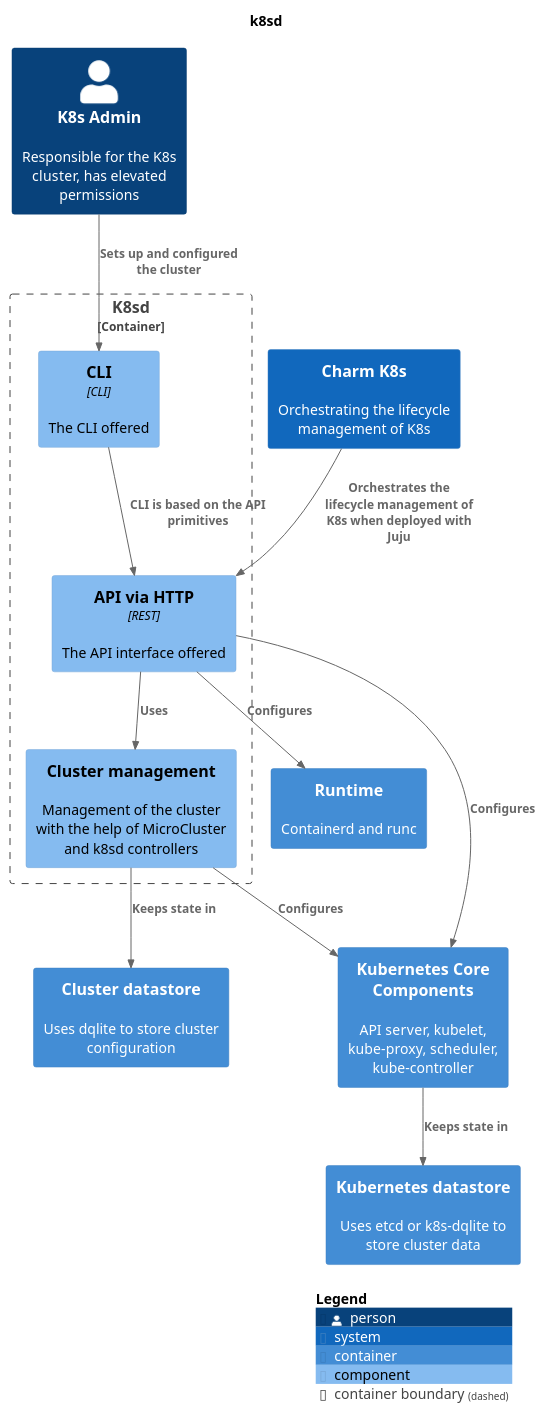
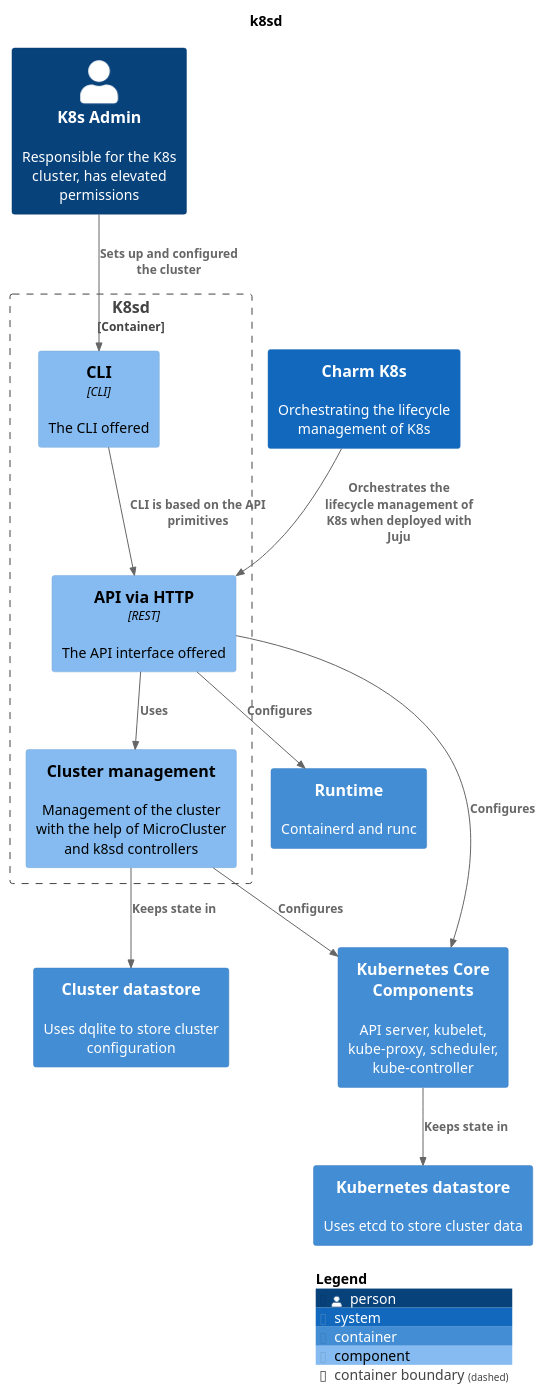
Before and after one commit to canonical/k8s-snap: the diagram in docs/canonicalk8s/assets/k8sd-component.puml, drawn with PlantUML. The commit also changed 18 other files, not shown here.

```diff
--- a/docs/canonicalk8s/assets/k8sd-component.puml
+++ b/docs/canonicalk8s/assets/k8sd-component.puml
@@ -1,36 +1,36 @@
 @startuml
 set separator none
 title k8sd
 
 top to bottom direction
 
 !include <C4/C4>
 !include <C4/C4_Context>
 !include <C4/C4_Container>
 !include <C4/C4_Component>
 
 Person(K8sAdmin, "K8s Admin", $descr="Responsible for the K8s cluster, has elevated permissions", $tags="", $link="")
 Container(K8sSnapDistribution.Runtime, "Runtime", $techn="", $descr="Containerd and runc", $tags="", $link="")
 System(CharmK8s, "Charm K8s", $descr="Orchestrating the lifecycle management of K8s", $tags="", $link="")
 Container(K8sSnapDistribution.ClusterDatastore, "Cluster datastore", $techn="", $descr="Uses dqlite to store cluster configuration", $tags="", $link="")
-Container(K8sSnapDistribution.KubernetesDatastore, "Kubernetes datastore", $techn="", $descr="Uses etcd or k8s-dqlite to store cluster data", $tags="", $link="")
+Container(K8sSnapDistribution.KubernetesDatastore, "Kubernetes datastore", $techn="", $descr="Uses etcd to store cluster data", $tags="", $link="")
 Container(K8sSnapDistribution.KubernetesCoreComponents, "Kubernetes Core Components", $techn="", $descr="API server, kubelet, kube-proxy, scheduler, kube-controller", $tags="", $link="")
 
 Container_Boundary("K8sSnapDistribution.K8sd_boundary", "K8sd", $tags="") {
   Component(K8sSnapDistribution.K8sd.CLI, "CLI", $techn="CLI", $descr="The CLI offered", $tags="", $link="")
   Component(K8sSnapDistribution.K8sd.APIviaHTTP, "API via HTTP", $techn="REST", $descr="The API interface offered", $tags="", $link="")
   Component(K8sSnapDistribution.K8sd.CLustermanagement, "Cluster management", $techn="", $descr="Management of the cluster with the help of MicroCluster and k8sd controllers", $tags="", $link="")
 }
 
 Rel(K8sAdmin, K8sSnapDistribution.K8sd.CLI, "Sets up and configured the cluster", $techn="", $tags="", $link="")
 Rel(CharmK8s, K8sSnapDistribution.K8sd.APIviaHTTP, "Orchestrates the lifecycle management of K8s when deployed with Juju", $techn="", $tags="", $link="")
 Rel(K8sSnapDistribution.K8sd.CLustermanagement, K8sSnapDistribution.KubernetesCoreComponents, "Configures", $techn="", $tags="", $link="")
 Rel(K8sSnapDistribution.KubernetesCoreComponents, K8sSnapDistribution.KubernetesDatastore, "Keeps state in", $techn="", $tags="", $link="")
 Rel(K8sSnapDistribution.K8sd.CLustermanagement, K8sSnapDistribution.ClusterDatastore, "Keeps state in", $techn="", $tags="", $link="")
 Rel(K8sSnapDistribution.K8sd.APIviaHTTP, K8sSnapDistribution.KubernetesCoreComponents, "Configures", $techn="", $tags="", $link="")
 Rel(K8sSnapDistribution.K8sd.APIviaHTTP, K8sSnapDistribution.Runtime, "Configures", $techn="", $tags="", $link="")
 Rel(K8sSnapDistribution.K8sd.APIviaHTTP, K8sSnapDistribution.K8sd.CLustermanagement, "Uses", $techn="", $tags="", $link="")
 Rel(K8sSnapDistribution.K8sd.CLI, K8sSnapDistribution.K8sd.APIviaHTTP, "CLI is based on the API primitives", $techn="", $tags="", $link="")
 
 SHOW_LEGEND(true)
 @enduml
```
